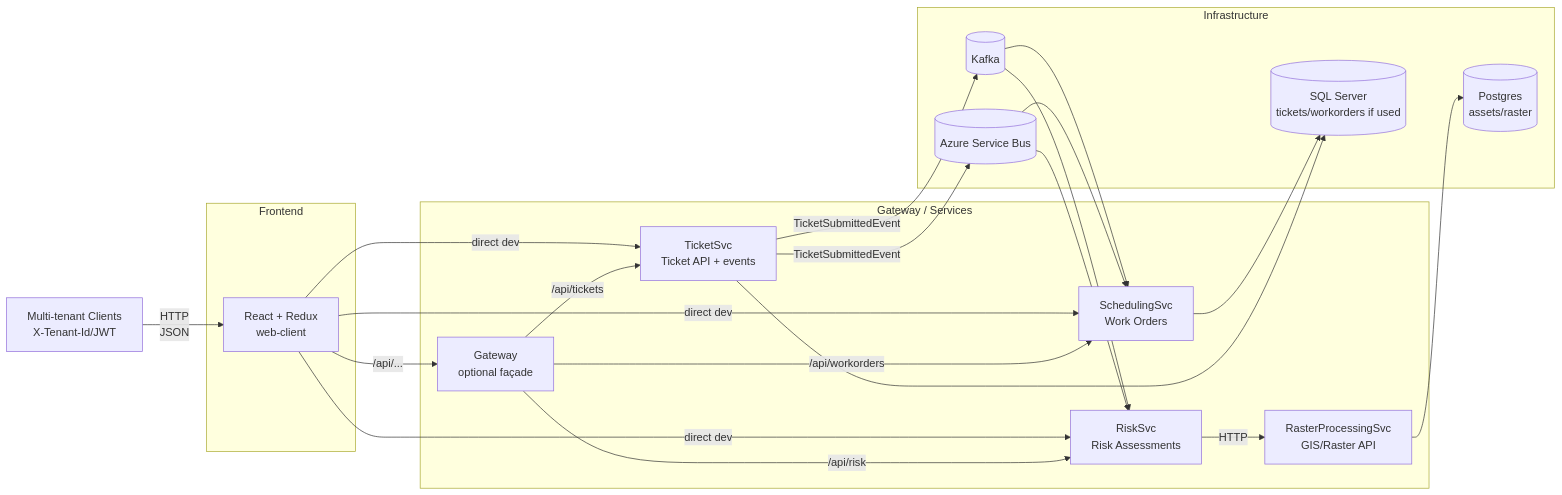
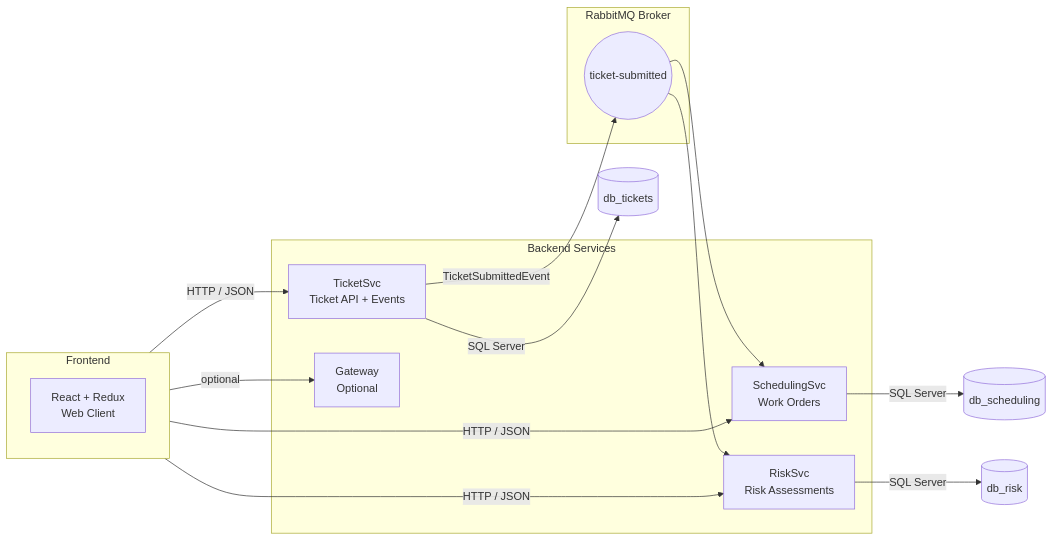
One commit to Sbadhon/Damage-Prevention changed the diagram in README.md. Above: the diagram before and after it, drawn with Mermaid. The commit also changed other lines of this file and 751 other files, not shown here.

````diff
--- a/README.md
+++ b/README.md
@@ -23,47 +23,30 @@
 ```mermaid
 flowchart LR
     subgraph FE[Frontend]
-        W[React + Redux<br/>web-client]
+        W[React + Redux<br/>Web Client]
     end
 
-    subgraph API[Gateway / Services]
-        G[Gateway<br/> optional façade]
-        T[TicketSvc<br/>Ticket API + events]
+    subgraph API[Backend Services]
+        T[TicketSvc<br/>Ticket API + Events]
         S[SchedulingSvc<br/>Work Orders]
         R[RiskSvc<br/>Risk Assessments]
-        RP[RasterProcessingSvc<br/>GIS/Raster API]
+        G[Gateway<br/>Optional]
     end
 
-    subgraph Infra[Infrastructure]
-        K[(Kafka)]
-        SB[(Azure Service Bus)]
-        PG[(Postgres<br/>assets/raster)]
-        SQL[(SQL Server<br/>tickets/workorders if used)]
+    subgraph MQ[RabbitMQ Broker]
+        Q1((ticket-submitted))
     end
 
-    Ten[Multi-tenant Clients<br/>X-Tenant-Id/JWT] -->|HTTP<br/>JSON| W
+    FE -->|HTTP / JSON| T
+    FE -->|HTTP / JSON| S
+    FE -->|HTTP / JSON| R
+    FE -->|optional| G
 
-    W -->|/api/...| G
-    W -->|direct dev| T
-    W -->|direct dev| S
-    W -->|direct dev| R
+    T -- TicketSubmittedEvent --> Q1
+    Q1 --> S
+    Q1 --> R
 
-    G -->|/api/tickets| T
-    G -->|/api/workorders| S
-    G -->|/api/risk| R
-
-    T -->|TicketSubmittedEvent| K
-    T -->|TicketSubmittedEvent| SB
-
-    K --> S
-    K --> R
-
-    SB --> S
-    SB --> R
-
-    R -->|HTTP| RP
-
-    RP --> PG
-    S --> SQL
-    T --> SQL
+    S -->|SQL Server| DB1[(db_scheduling)]
+    T -->|SQL Server| DB2[(db_tickets)]
+    R -->|SQL Server| DB3[(db_risk)]
 ```
````
